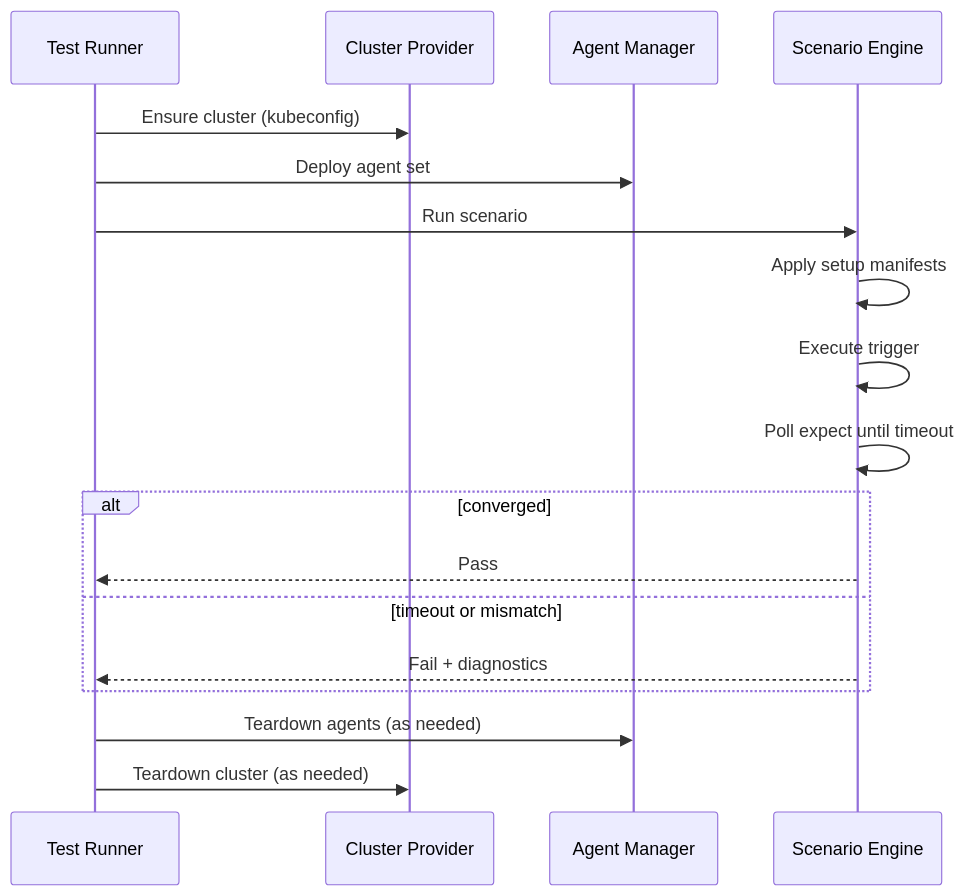
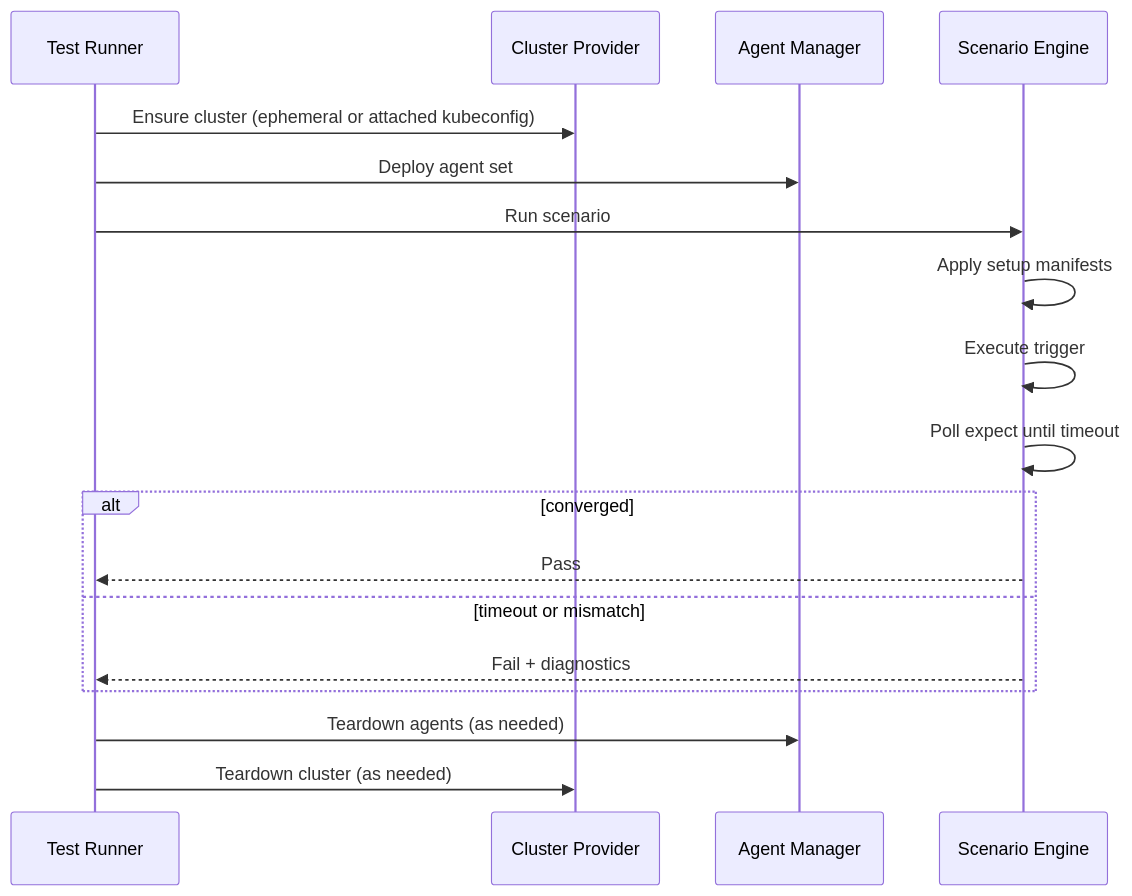
The diagram in docs/architecture.md (aslakknutsen/kube-agents-test), drawn with Mermaid before and after one commit. The commit also changed other lines of this file and 2 other files, not shown here.

````diff
--- a/docs/architecture.md
+++ b/docs/architecture.md
@@ -80,20 +82,20 @@
 ```mermaid
 sequenceDiagram
   participant TR as Test Runner
   participant CP as Cluster Provider
   participant AM as Agent Manager
   participant SE as Scenario Engine
-  TR->>CP: Ensure cluster (kubeconfig)
+  TR->>CP: Ensure cluster (ephemeral or attached kubeconfig)
   TR->>AM: Deploy agent set
   TR->>SE: Run scenario
   SE->>SE: Apply setup manifests
   SE->>SE: Execute trigger
   SE->>SE: Poll expect until timeout
   alt converged
     SE-->>TR: Pass
   else timeout or mismatch
     SE-->>TR: Fail + diagnostics
   end
   TR->>AM: Teardown agents (as needed)
   TR->>CP: Teardown cluster (as needed)
 ```
````
